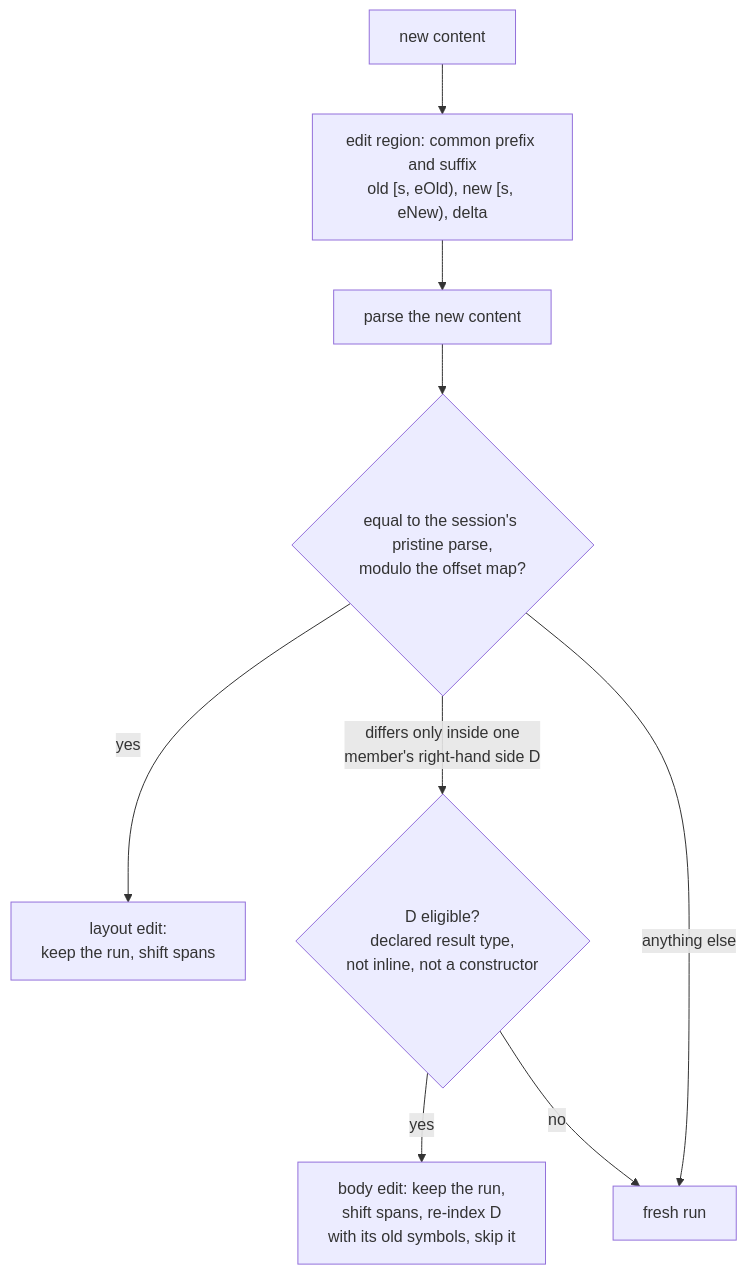
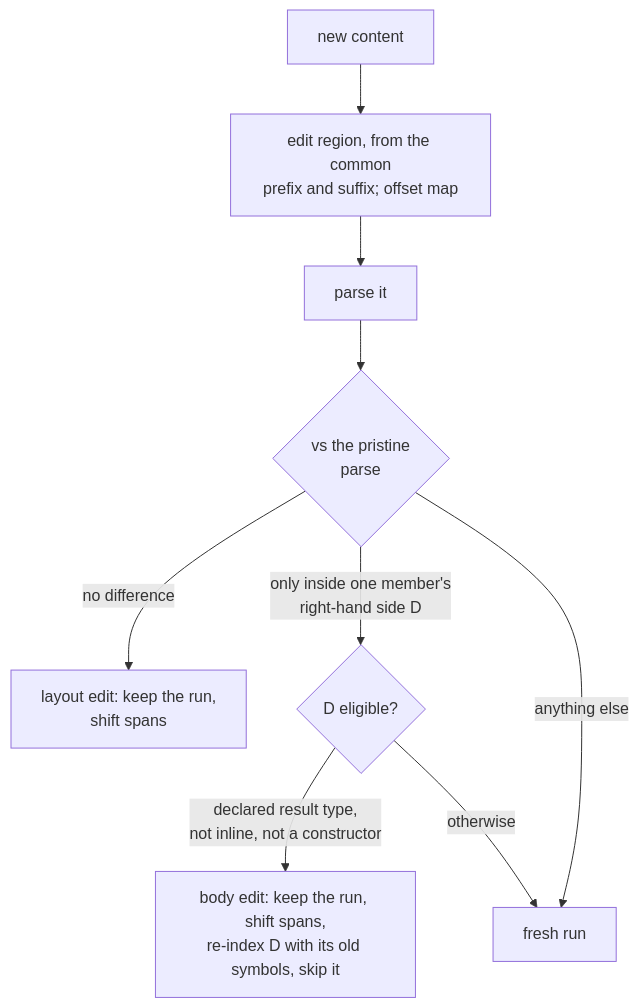
The tenth of 12 diagrams in dotc-interactive/talk.md (retronym/talks), drawn with Mermaid before and after one commit. The commit also changed other lines of this file and 1 other file, not shown here.

First line of the commit message:
dotc-interactive: fix the lazy-resolve state diagram; make wide mermaid diagrams legible

````diff
--- a/dotc-interactive/talk.md
+++ b/dotc-interactive/talk.md
@@ -823,11 +818,11 @@
 ```mermaid
 flowchart TB
-  N["new content"] --> R["edit region: common prefix and suffix<br/>old [s, eOld), new [s, eNew), delta"]
-  R --> P["parse the new content"]
-  P --> C{"equal to the session's pristine parse,<br/>modulo the offset map?"}
-  C -- "yes" --> L["layout edit:<br/>keep the run, shift spans"]
-  C -- "differs only inside one<br/>member's right-hand side D" --> E{"D eligible?<br/>declared result type,<br/>not inline, not a constructor"}
-  E -- yes --> B["body edit: keep the run,<br/>shift spans, re-index D<br/>with its old symbols, skip it"]
-  E -- no --> F["fresh run"]
+  N["new content"] --> R["edit region, from the common<br/>prefix and suffix; offset map"]
+  R --> P["parse it"]
+  P --> C{"vs the pristine<br/>parse"}
+  C -- "no difference" --> L["layout edit: keep the run,<br/>shift spans"]
+  C -- "only inside one member's<br/>right-hand side D" --> E{"D eligible?"}
+  E -- "declared result type,<br/>not inline, not a constructor" --> B["body edit: keep the run, shift spans,<br/>re-index D with its old symbols, skip it"]
+  E -- "otherwise" --> F["fresh run"]
   C -- "anything else" --> F
 ```
````
